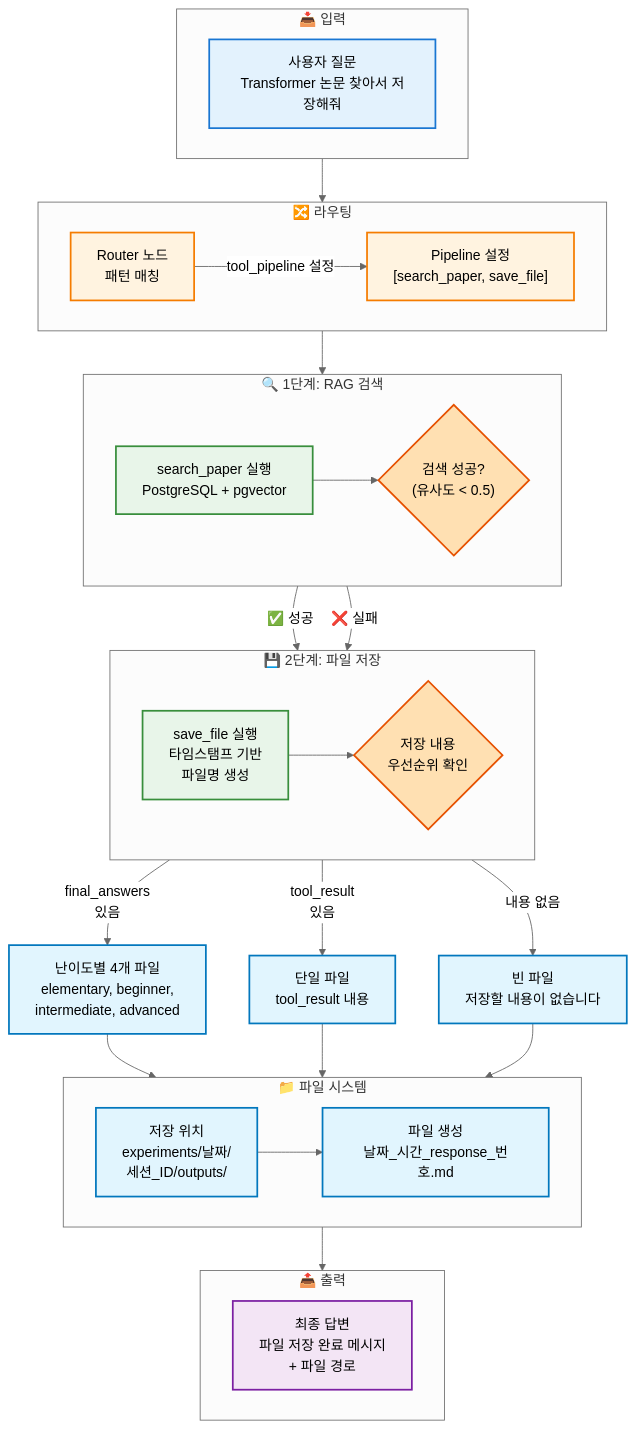
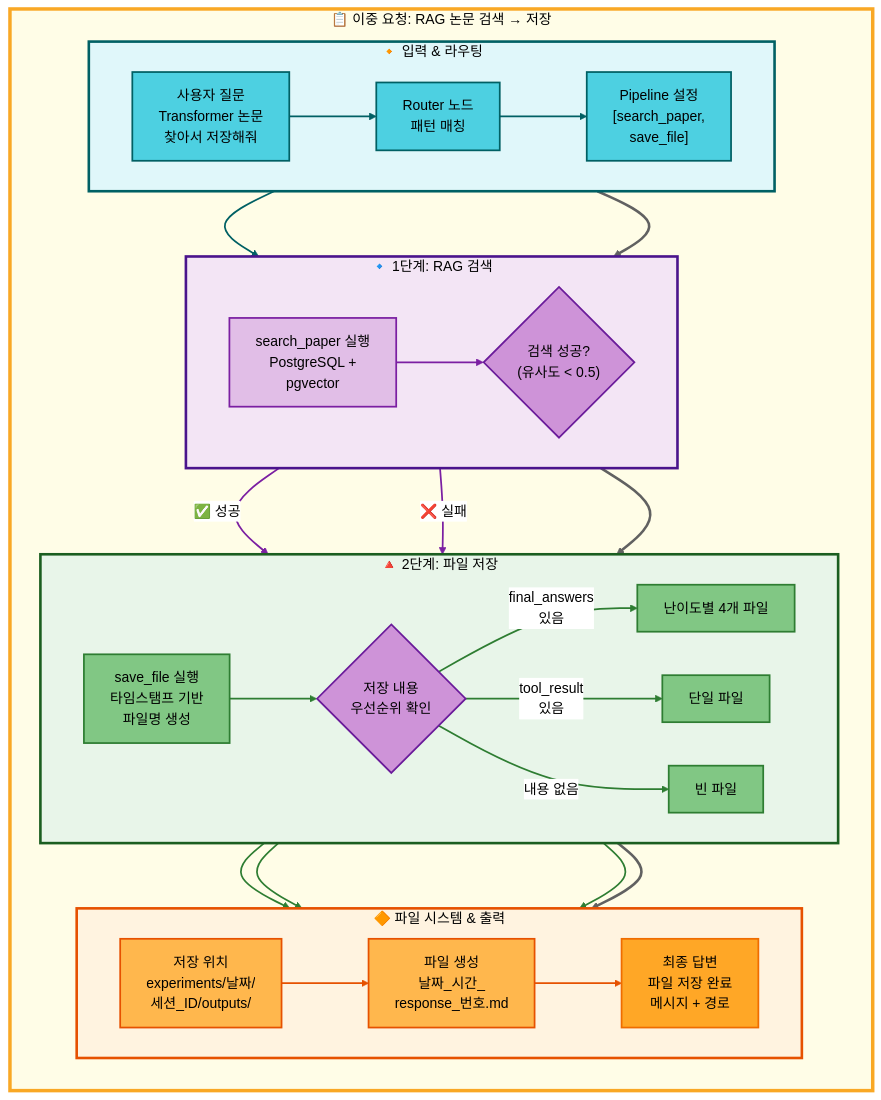
The first of 2 diagrams in docs/architecture/multiple_request/02_이중요청_RAG논문검색_저장.md (AIBootcamp14/langchainproject-new-langchainproject_5), drawn with Mermaid (neutral theme) before and after one commit. The commit also changed other lines of this file and 1 other file, not shown here.

First line of the commit message:
fix: 다중 요청 문서 Mermaid 다이어그램 스타일 수정

````diff
--- a/docs/architecture/multiple_request/02_이중요청_RAG논문검색_저장.md
+++ b/docs/architecture/multiple_request/02_이중요청_RAG논문검색_저장.md
@@ -214,71 +214,104 @@
 ```mermaid
 graph TB
-    %% 스타일 정의
-    classDef userStyle fill:#E3F2FD,stroke:#1976D2,stroke-width:2px,color:#000
-    classDef routerStyle fill:#FFF3E0,stroke:#F57C00,stroke-width:2px,color:#000
-    classDef toolStyle fill:#E8F5E9,stroke:#388E3C,stroke-width:2px,color:#000
-    classDef finalStyle fill:#F3E5F5,stroke:#7B1FA2,stroke-width:2px,color:#000
-    classDef decisionStyle fill:#FFE0B2,stroke:#E65100,stroke-width:2px,color:#000
-    classDef fileStyle fill:#E1F5FE,stroke:#0277BD,stroke-width:2px,color:#000
+    subgraph MainFlow["📋 이중 요청: RAG 논문 검색 → 저장"]
+        direction TB
 
-    subgraph Input["📥 입력"]
-        direction LR
-        User["사용자 질문<br/>Transformer 논문 찾아서 저장해줘"]
+        subgraph Input["🔸 입력 & 라우팅"]
+            direction LR
+            User["사용자 질문<br/>Transformer 논문<br/>찾아서 저장해줘"] --> Router["Router 노드<br/>패턴 매칭"]
+            Router --> PipelineSet["Pipeline 설정<br/>[search_paper,<br/>save_file]"]
+        end
+
+        subgraph Step1["🔹 1단계: RAG 검색"]
+            direction LR
+            SearchPaper["search_paper 실행<br/>PostgreSQL +<br/>pgvector"] --> SearchCheck{"검색 성공?<br/>(유사도 < 0.5)"}
+        end
+
+        subgraph Step2["🔺 2단계: 파일 저장"]
+            direction LR
+            SaveFile["save_file 실행<br/>타임스탬프 기반<br/>파일명 생성"] --> CheckContent{"저장 내용<br/>우선순위 확인"}
+            CheckContent -->|"final_answers<br/>있음"| MultiFile["난이도별 4개 파일"]
+            CheckContent -->|"tool_result<br/>있음"| SingleFile["단일 파일"]
+            CheckContent -->|"내용 없음"| EmptyFile["빈 파일"]
+        end
+
+        subgraph FileSystem["🔶 파일 시스템 & 출력"]
+            direction LR
+            SaveLocation["저장 위치<br/>experiments/날짜/<br/>세션_ID/outputs/"] --> FileCreated["파일 생성<br/>날짜_시간_<br/>response_번호.md"]
+            FileCreated --> FinalAnswer["최종 답변<br/>파일 저장 완료<br/>메시지 + 경로"]
+        end
+
+        %% 단계 간 연결
+        Input --> Step1
+        Step1 --> Step2
+        Step2 --> FileSystem
     end
 
-    subgraph Routing["🔀 라우팅"]
-        direction LR
-        Router["Router 노드<br/>패턴 매칭"]
-        Router -->|"tool_pipeline 설정"| PipelineSet["Pipeline 설정<br/>[search_paper, save_file]"]
-    end
-
-    subgraph Step1["🔍 1단계: RAG 검색"]
-        direction LR
-        SearchPaper["search_paper 실행<br/>PostgreSQL + pgvector"]
-        SearchCheck{"검색 성공?<br/>(유사도 < 0.5)"}
-        SearchPaper --> SearchCheck
-    end
-
-    subgraph Step2["💾 2단계: 파일 저장"]
-        direction LR
-        SaveFile["save_file 실행<br/>타임스탬프 기반<br/>파일명 생성"]
-        CheckContent{"저장 내용<br/>우선순위 확인"}
-        SaveFile --> CheckContent
-    end
-
-    subgraph FileSystem["📁 파일 시스템"]
-        direction LR
-        SaveLocation["저장 위치<br/>experiments/날짜/<br/>세션_ID/outputs/"]
-        FileCreated["파일 생성<br/>날짜_시간_response_번호.md"]
-    end
-
-    subgraph Output["📤 출력"]
-        direction LR
-        FinalAnswer["최종 답변<br/>파일 저장 완료 메시지<br/>+ 파일 경로"]
-    end
-
-    %% 연결
-    User --> Router
+    %% 세부 연결
     PipelineSet --> SearchPaper
-
     SearchCheck -->|"✅ 성공"| SaveFile
     SearchCheck -->|"❌ 실패"| SaveFile
-
-    CheckContent -->|"final_answers<br/>있음"| MultiFile["난이도별 4개 파일<br/>elementary, beginner,<br/>intermediate, advanced"]
-    CheckContent -->|"tool_result<br/>있음"| SingleFile["단일 파일<br/>tool_result 내용"]
-    CheckContent -->|"내용 없음"| EmptyFile["빈 파일<br/>저장할 내용이 없습니다"]
-
     MultiFile --> SaveLocation
     SingleFile --> SaveLocation
     EmptyFile --> SaveLocation
-    SaveLocation --> FileCreated
-    FileCreated --> FinalAnswer
 
-    %% 스타일 적용
-    class User userStyle
-    class Router,PipelineSet routerStyle
-    class SearchPaper,SaveFile toolStyle
-    class SearchCheck,CheckContent decisionStyle
-    class SaveLocation,FileCreated,MultiFile,SingleFile,EmptyFile fileStyle
-    class FinalAnswer finalStyle
+    %% 메인 워크플로우 배경
+    style MainFlow fill:#fffde7,stroke:#f9a825,stroke-width:4px,color:#000
+
+    %% Subgraph 스타일
+    style Input fill:#e0f7fa,stroke:#006064,stroke-width:3px,color:#000
+    style Step1 fill:#f3e5f5,stroke:#4a148c,stroke-width:3px,color:#000
+    style Step2 fill:#e8f5e9,stroke:#1b5e20,stroke-width:3px,color:#000
+    style FileSystem fill:#fff3e0,stroke:#e65100,stroke-width:3px,color:#000
+
+    %% 노드 스타일 (입력 & 라우팅 - 청록 계열)
+    style User fill:#4dd0e1,stroke:#006064,stroke-width:2px,color:#000
+    style Router fill:#4dd0e1,stroke:#006064,stroke-width:2px,color:#000
+    style PipelineSet fill:#4dd0e1,stroke:#006064,stroke-width:2px,color:#000
+
+    %% 노드 스타일 (1단계: RAG 검색 - 보라 계열)
+    style SearchPaper fill:#e1bee7,stroke:#7b1fa2,stroke-width:2px,color:#000
+    style SearchCheck fill:#ce93d8,stroke:#6a1b9a,stroke-width:2px,color:#000
+
+    %% 노드 스타일 (2단계: 파일 저장 - 녹색 계열)
+    style SaveFile fill:#81c784,stroke:#2e7d32,stroke-width:2px,color:#000
+    style CheckContent fill:#ce93d8,stroke:#6a1b9a,stroke-width:2px,color:#000
+    style MultiFile fill:#81c784,stroke:#2e7d32,stroke-width:2px,color:#000
+    style SingleFile fill:#81c784,stroke:#2e7d32,stroke-width:2px,color:#000
+    style EmptyFile fill:#81c784,stroke:#2e7d32,stroke-width:2px,color:#000
+
+    %% 노드 스타일 (파일 시스템 & 출력 - 주황 계열)
+    style SaveLocation fill:#ffb74d,stroke:#e65100,stroke-width:2px,color:#000
+    style FileCreated fill:#ffb74d,stroke:#e65100,stroke-width:2px,color:#000
+    style FinalAnswer fill:#ffa726,stroke:#ef6c00,stroke-width:2px,color:#000
+
+    %% 연결선 스타일 (입력 & 라우팅 - 청록 0~1)
+    linkStyle 0 stroke:#006064,stroke-width:2px
+    linkStyle 1 stroke:#006064,stroke-width:2px
+
+    %% 연결선 스타일 (1단계: RAG 검색 - 보라 2)
+    linkStyle 2 stroke:#7b1fa2,stroke-width:2px
+
+    %% 연결선 스타일 (2단계: 파일 저장 - 녹색 3~5)
+    linkStyle 3 stroke:#2e7d32,stroke-width:2px
+    linkStyle 4 stroke:#2e7d32,stroke-width:2px
+    linkStyle 5 stroke:#2e7d32,stroke-width:2px
+    linkStyle 6 stroke:#2e7d32,stroke-width:2px
+
+    %% 연결선 스타일 (파일 시스템 - 주황 7~8)
+    linkStyle 7 stroke:#e65100,stroke-width:2px
+    linkStyle 8 stroke:#e65100,stroke-width:2px
+
+    %% 단계 간 연결 (회색 9~11)
+    linkStyle 9 stroke:#616161,stroke-width:3px
+    linkStyle 10 stroke:#616161,stroke-width:3px
+    linkStyle 11 stroke:#616161,stroke-width:3px
+
+    %% 세부 연결 (12~16)
+    linkStyle 12 stroke:#006064,stroke-width:2px
+    linkStyle 13 stroke:#7b1fa2,stroke-width:2px
+    linkStyle 14 stroke:#7b1fa2,stroke-width:2px
+    linkStyle 15 stroke:#2e7d32,stroke-width:2px
+    linkStyle 16 stroke:#2e7d32,stroke-width:2px
+    linkStyle 17 stroke:#2e7d32,stroke-width:2px
 ```
````
